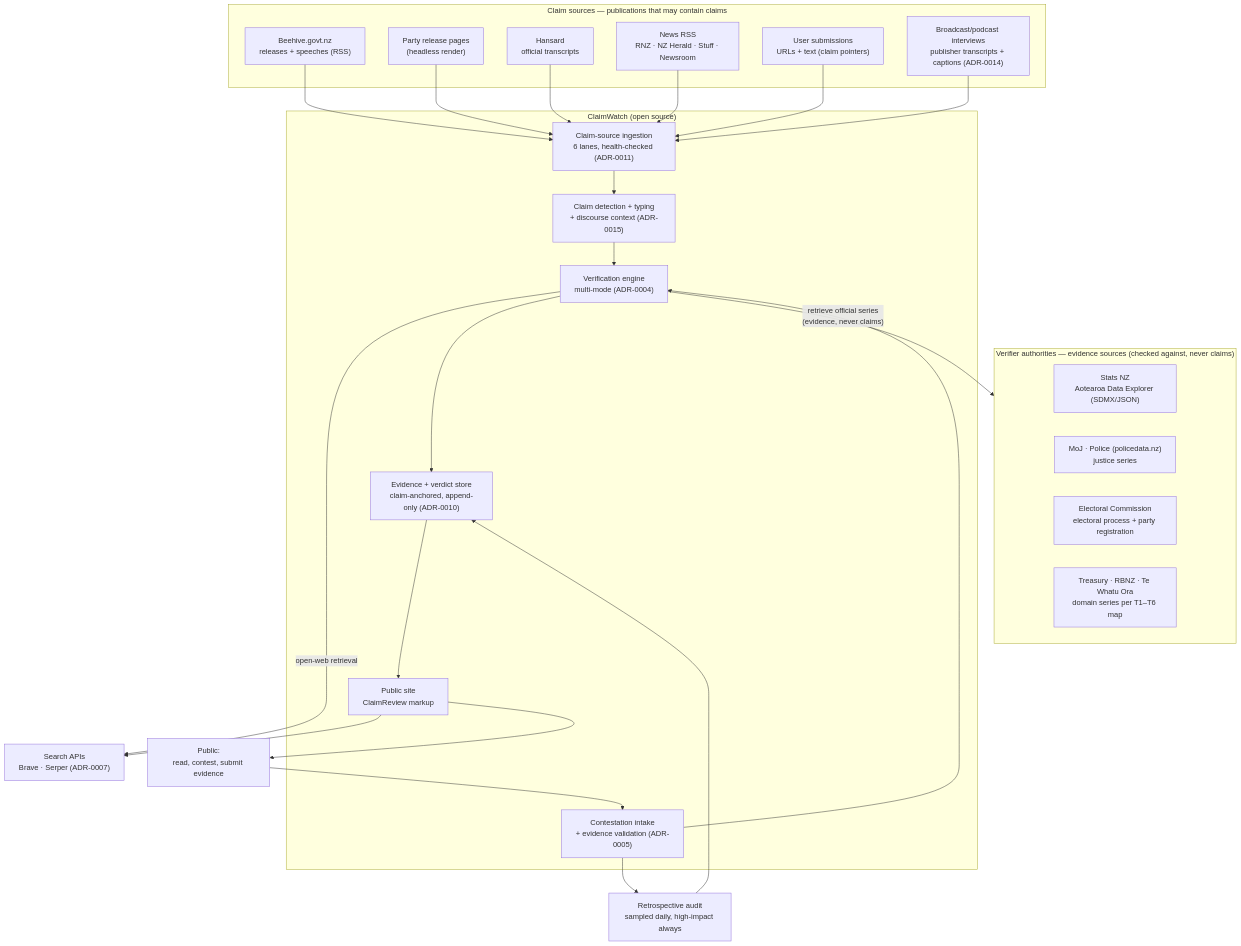
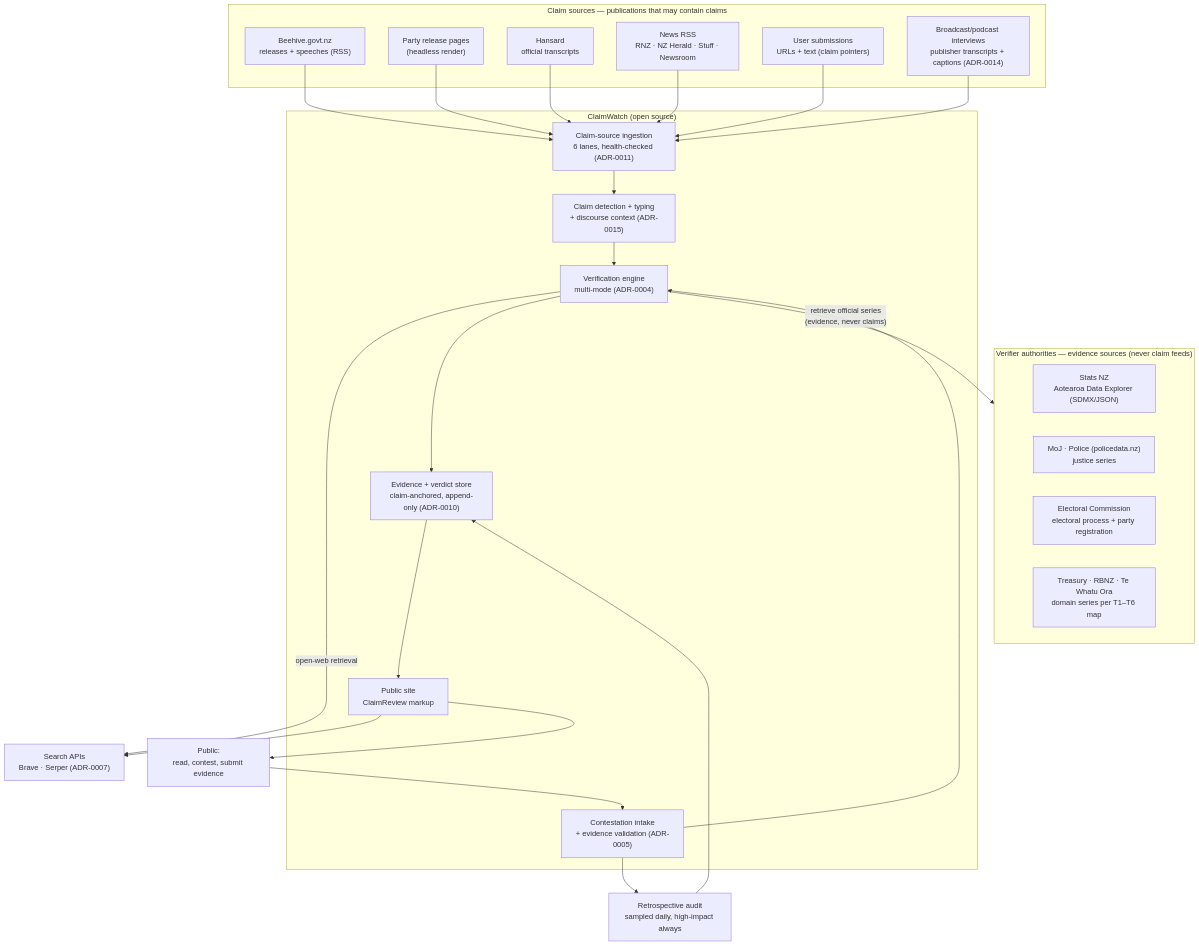
One commit to bradleyscott/claimwatch-nz changed the first of 5 diagrams in docs/ARCHITECTURE.md. Above: the diagram before and after it, drawn with Mermaid. The commit also changed 3 other files, not shown here.

First line of the commit message:
docs: verify-authority distinction — diagram + architecture + source-taxonomy aligned

````diff
--- a/docs/ARCHITECTURE.md
+++ b/docs/ARCHITECTURE.md
@@ -11,50 +11,50 @@
 ```mermaid
 flowchart TB
     subgraph CLAIM_SOURCES["Claim sources — publications that may contain claims"]
         BEEHIVE["Beehive.govt.nz<br/>releases + speeches (RSS)"]
         PARTIES["Party release pages<br/>(headless render)"]
         HANSARD["Hansard<br/>official transcripts"]
         NEWS["News RSS<br/>RNZ · NZ Herald · Stuff · Newsroom"]
         SUBMIT["User submissions<br/>URLs + text (claim pointers)"]
         BCAST["Broadcast/podcast interviews<br/>publisher transcripts + captions (ADR-0014)"]
     end
 
-    subgraph AUTHORITIES["Verifier authorities — evidence sources (checked against, never claims)"]
+    subgraph AUTHORITIES["Verifier authorities — evidence sources (never claim feeds)"]
         STATS["Stats NZ<br/>Aotearoa Data Explorer (SDMX/JSON)"]
         MOJ["MoJ · Police (policedata.nz)<br/>justice series"]
         ELECTORAL["Electoral Commission<br/>electoral process + party registration"]
         OTHER["Treasury · RBNZ · Te Whatu Ora<br/>domain series per T1–T6 map"]
     end
 
     subgraph CW["ClaimWatch (open source)"]
         INGEST["Claim-source ingestion<br/>6 lanes, health-checked (ADR-0011)"]
         TRIAGE["Claim detection + typing<br/>+ discourse context (ADR-0015)"]
         VERIFY["Verification engine<br/>multi-mode (ADR-0004)"]
         STORE["Evidence + verdict store<br/>claim-anchored, append-only (ADR-0010)"]
         SITE["Public site<br/>ClaimReview markup"]
         CONTEST["Contestation intake<br/>+ evidence validation (ADR-0005)"]
     end
 
     PUBLIC["Public:<br/>read, contest, submit evidence"]
     SEARCH["Search APIs<br/>Brave · Serper (ADR-0007)"]
     AUDIT["Retrospective audit<br/>sampled daily, high-impact always"]
 
     BEEHIVE --> INGEST
     PARTIES --> INGEST
     HANSARD --> INGEST
     NEWS --> INGEST
     SUBMIT --> INGEST
     BCAST --> INGEST
     INGEST --> TRIAGE
     TRIAGE --> VERIFY
     VERIFY -- "retrieve official series<br/>(evidence, never claims)" --> AUTHORITIES
     VERIFY -- "open-web retrieval" --> SEARCH
     VERIFY --> STORE
     STORE --> SITE
     SITE --> SEARCH
     SITE --> PUBLIC
     PUBLIC --> CONTEST
     CONTEST --> VERIFY
     CONTEST --> AUDIT
     AUDIT --> STORE
 ```
````
